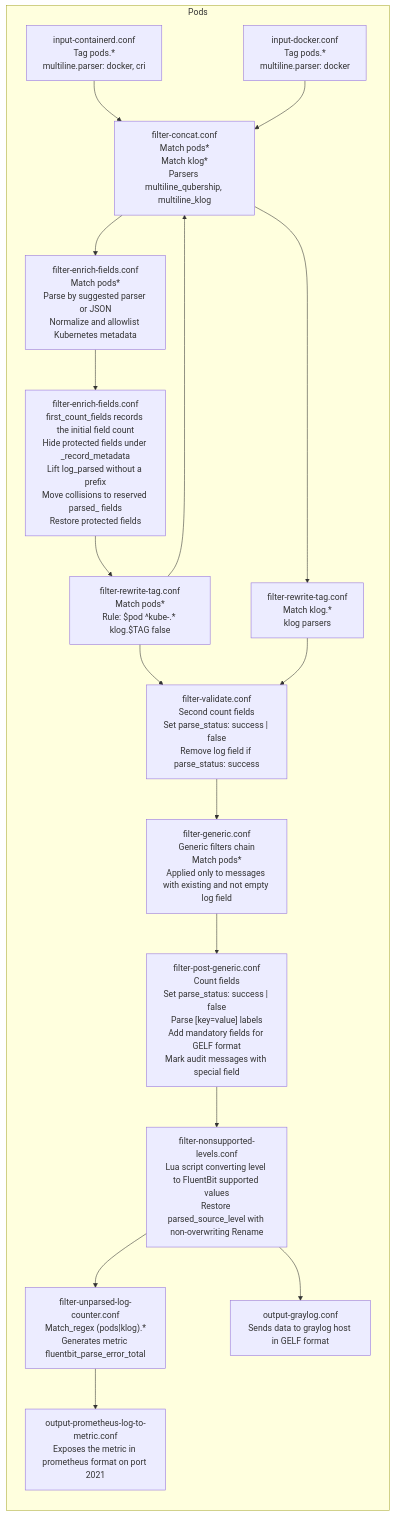
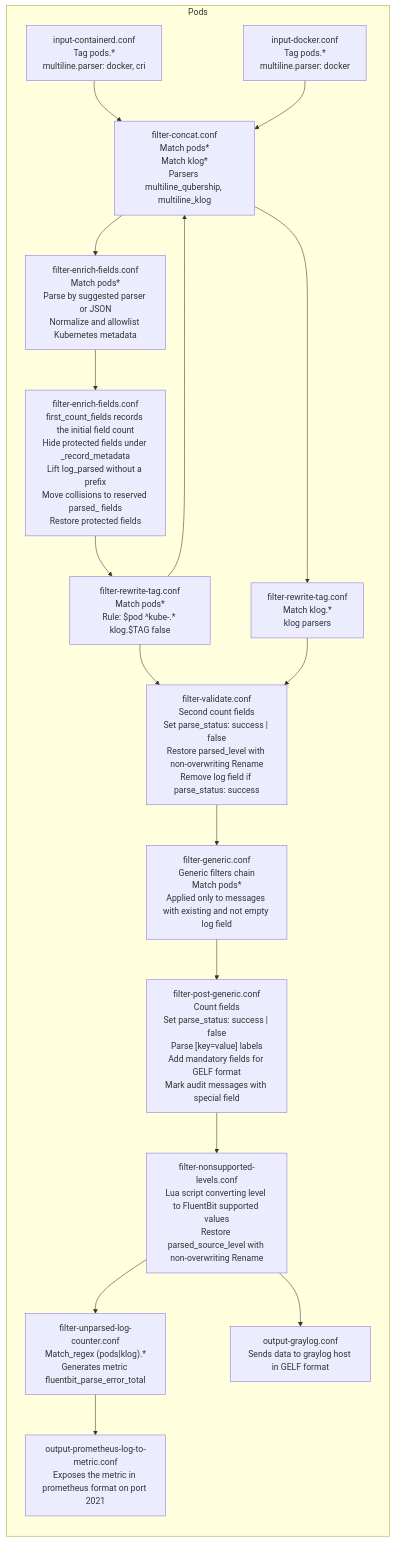
One commit to Netcracker/qubership-logging-operator changed the diagram in docs/fluentbit-log-pipeline.md. Above: the diagram before and after it, drawn with Mermaid. The commit also changed other lines of this file and 5 other files, not shown here.

First line of the commit message:
fix(fluentbit): restore parsed level for every parsed format

````diff
--- a/docs/fluentbit-log-pipeline.md
+++ b/docs/fluentbit-log-pipeline.md
@@ -54,22 +54,22 @@
 ```mermaid
 flowchart LR
     subgraph Pods
         IC["input-containerd.conf<br/>Tag pods.*<br/>multiline.parser: docker, cri" ] --> FC
         ID["input-docker.conf<br/>Tag pods.*<br/>multiline.parser: docker"] --> FC
         FC["filter-concat.conf<br/>Match pods*<br/>Match klog*<br/>Parsers multiline_qubership, multiline_klog"] --> FK
         FC["filter-concat.conf<br/>Match pods*<br/>Match klog*<br/>Parsers multiline_qubership, multiline_klog"] --> FRTP
         FK["filter-enrich-fields.conf<br/>Match pods*<br/>Parse by suggested parser or JSON<br/>Normalize and allowlist Kubernetes metadata"] --> FPC
         FPC["filter-enrich-fields.conf<br/>first_count_fields records the initial field count<br/>Hide protected fields under _record_metadata<br/>Lift log_parsed without a prefix<br/>Move collisions to reserved parsed_ fields<br/>Restore protected fields"] --> FRT
         FRT["filter-rewrite-tag.conf<br/>Match pods*<br/>Rule: $pod ^kube-.* klog.$TAG false"] --> FC
         FRT["filter-rewrite-tag.conf<br/>Match pods*<br/>Rule: $pod ^kube-.* klog.$TAG false"] --> FVALID
         FRTP["filter-rewrite-tag.conf<br/>Match klog.*<br/>klog parsers"] --> FVALID
-        FVALID["filter-validate.conf<br/>Second count fields<br/>Set parse_status: success | false<br/>Remove log field if parse_status: success"] --> FGEN
+        FVALID["filter-validate.conf<br/>Second count fields<br/>Set parse_status: success | false<br/>Restore parsed_level with non-overwriting Rename<br/>Remove log field if parse_status: success"] --> FGEN
         FGEN["filter-generic.conf<br/>Generic filters chain<br/>Match pods*<br/>Applied only to messages with existing and not empty log field"] --> FPGEN
         FPGEN["filter-post-generic.conf<br/>Count fields<br/>Set parse_status: success | false<br/>Parse [key=value] labels<br/>Add mandatory fields for GELF format<br/>Mark audit messages with special field"] --> FNL
         FNL["filter-nonsupported-levels.conf<br/>Lua script converting level to FluentBit supported values<br/>Restore parsed_source_level with non-overwriting Rename"] --> FULC
         FNL["filter-nonsupported-levels.conf<br/>Lua script converting level to FluentBit supported values<br/>Restore parsed_source_level with non-overwriting Rename"] --> OGRAY
         OGRAY["output-graylog.conf<br/>Sends data to graylog host in GELF format"]
         FULC["filter-unparsed-log-counter.conf<br/>Match_regex (pods|klog).*<br/>Generates metric fluentbit_parse_error_total"] --> OPLTM
         OPLTM["output-prometheus-log-to-metric.conf</br>Exposes the metric in prometheus format on port 2021"]
     end
 ```
````
